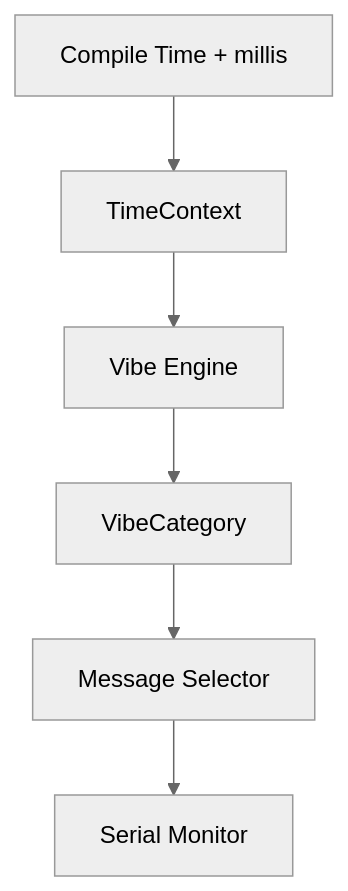
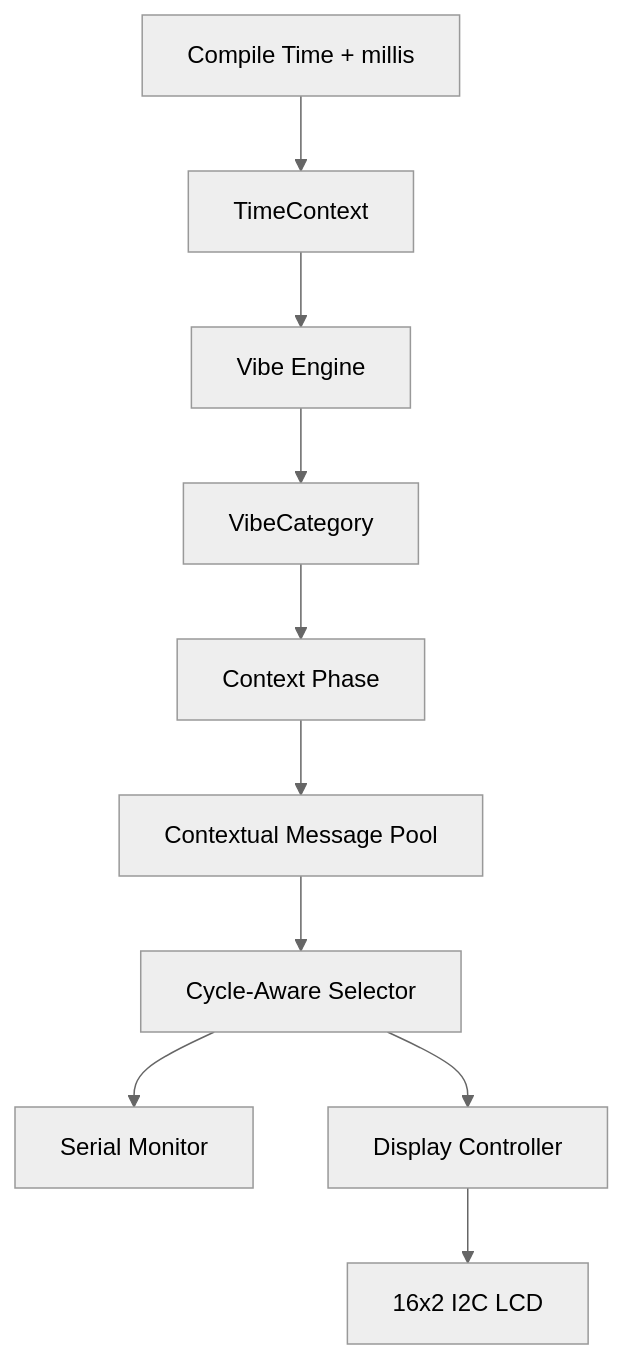
The diagram in README.md (HARI9037/Kalachakram), drawn with Mermaid (neutral theme) before and after one commit. The commit also changed other lines of this file, not shown here.

````diff
--- a/README.md
+++ b/README.md
@@ -242,8 +305,12 @@
 ```mermaid
 flowchart TD
     A[Compile Time + millis] --> B[TimeContext]
     B --> C[Vibe Engine]
     C --> D[VibeCategory]
-    D --> E[Message Selector]
-    E --> F[Serial Monitor]
+    D --> E[Context Phase]
+    E --> F[Contextual Message Pool]
+    F --> G[Cycle-Aware Selector]
+    G --> H[Serial Monitor]
+    G --> I[Display Controller]
+    I --> J[16x2 I2C LCD]
 ```
````
